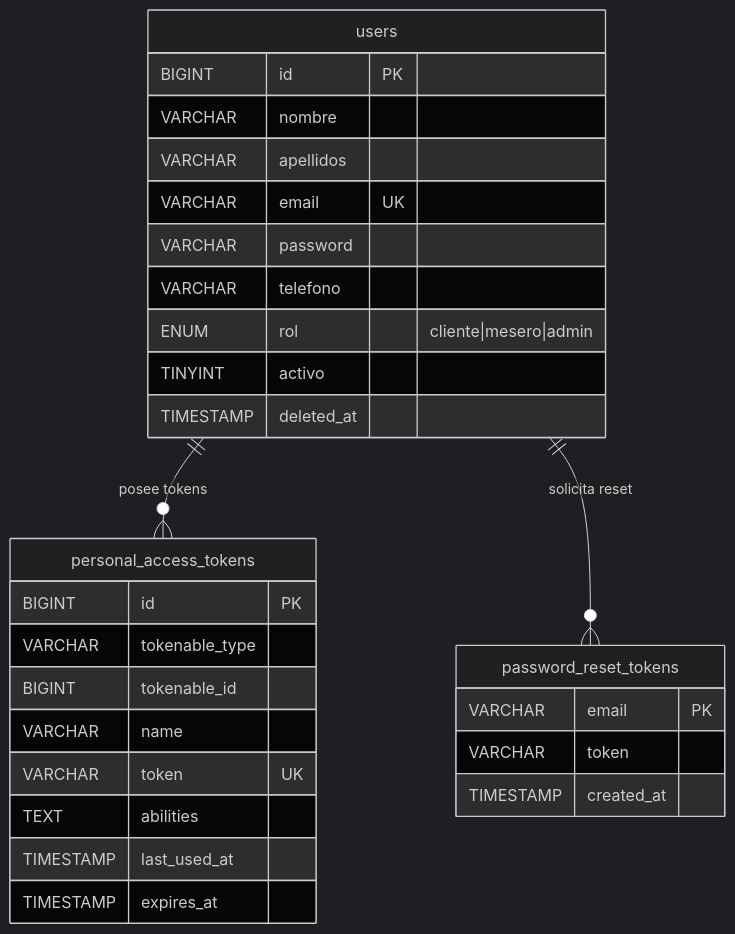
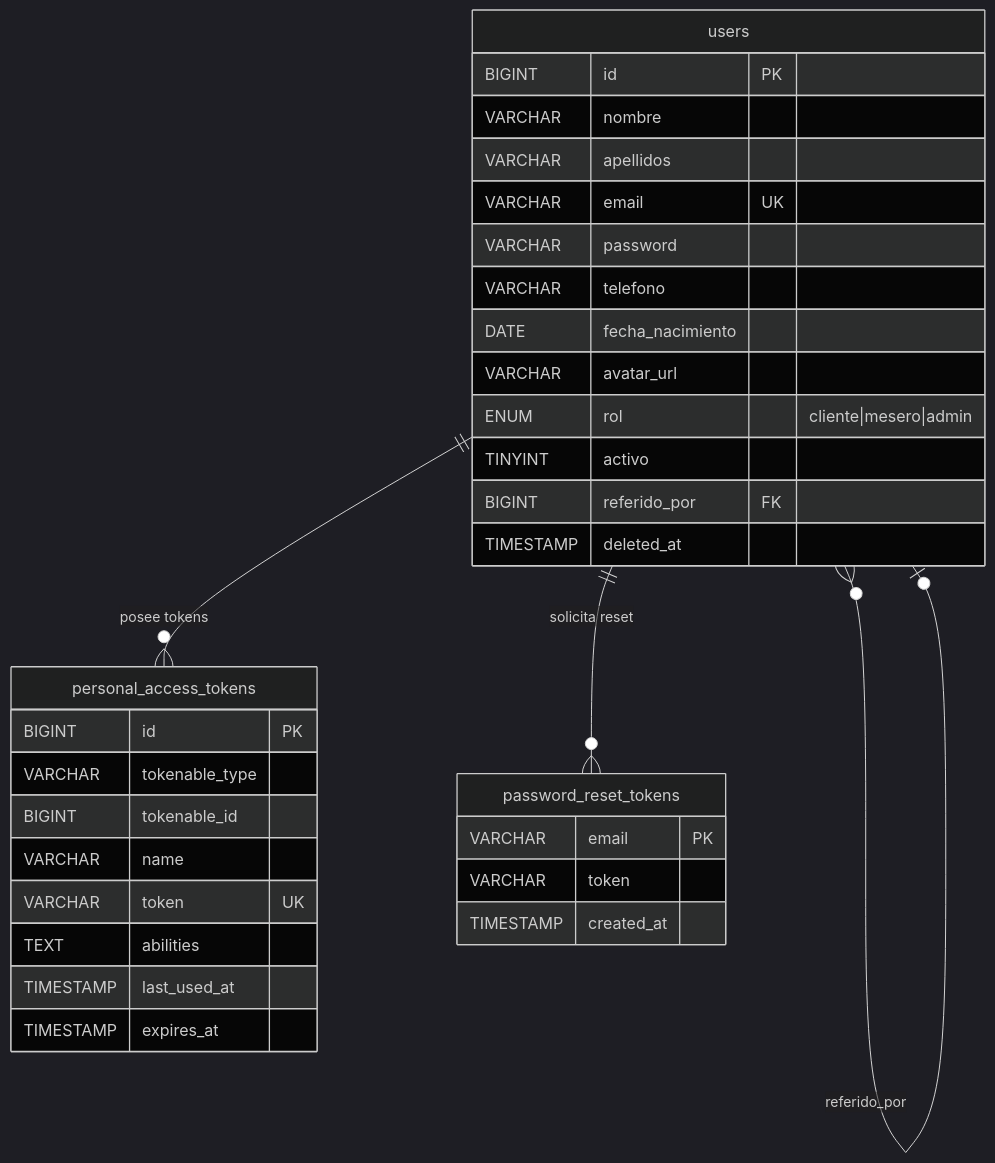
Before and after one commit to KarlSlim7k/popgastropub.com: the second of 17 diagrams in backend/database/docs/database_schema.md, drawn with Mermaid (dark theme). The commit also changed other lines of this file and 3 other files, not shown here.

````diff
--- a/backend/database/docs/database_schema.md
+++ b/backend/database/docs/database_schema.md
@@ -209,34 +216,38 @@
 ```mermaid
 erDiagram
     users {
         BIGINT id PK
         VARCHAR nombre
         VARCHAR apellidos
         VARCHAR email UK
         VARCHAR password
         VARCHAR telefono
+        DATE fecha_nacimiento
+        VARCHAR avatar_url
         ENUM rol "cliente|mesero|admin"
         TINYINT activo
+        BIGINT referido_por FK
         TIMESTAMP deleted_at
     }
 
     personal_access_tokens {
         BIGINT id PK
         VARCHAR tokenable_type
         BIGINT tokenable_id
         VARCHAR name
         VARCHAR token UK
         TEXT abilities
         TIMESTAMP last_used_at
         TIMESTAMP expires_at
     }
 
     password_reset_tokens {
         VARCHAR email PK
         VARCHAR token
         TIMESTAMP created_at
     }
 
     users ||--o{ personal_access_tokens : "posee tokens"
     users ||--o{ password_reset_tokens : "solicita reset"
+    users }o--o| users : "referido_por"
 ```
````
